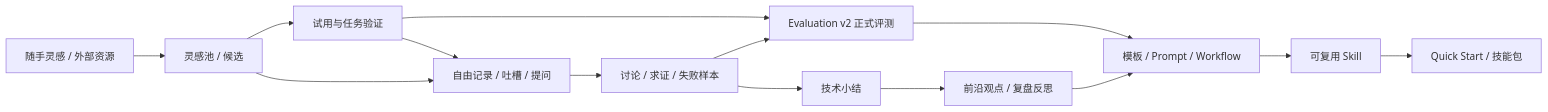
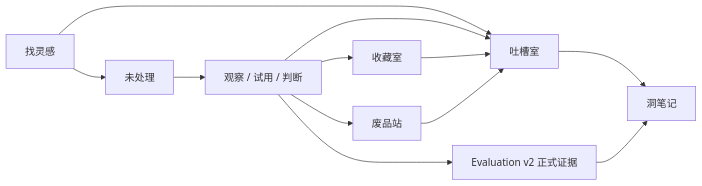
Before and after one commit to qzhqzh/LogWood: the diagram in README.md, drawn with Mermaid. The commit also changed other lines of this file and 54 other files, not shown here.

````diff
--- a/README.md
+++ b/README.md
@@ -11,17 +11,14 @@
 ```mermaid
 flowchart LR
-  I[随手灵感 / 外部资源] --> C[灵感池 / 候选]
-  C --> T[试用与任务验证]
-  T --> E[Evaluation v2 正式评测]
-  E --> R[模板 / Prompt / Workflow]
-  R --> S[可复用 Skill]
-  S --> P[Quick Start / 技能包]
-
-  C --> Q[自由记录 / 吐槽 / 提问]
+  I[找灵感] --> O[未处理]
+  O --> T[观察 / 试用 / 判断]
+  T --> C[收藏室]
+  T --> S[废品站]
+  T --> E[Evaluation v2 正式证据]
+  I --> Q[吐槽室]
   T --> Q
-  Q --> D[讨论 / 求证 / 失败样本]
-  D --> E
-  D --> N[技术小结]
-  N --> A[前沿观点 / 复盘反思]
-  A --> R
+  C --> Q
+  S --> Q
+  Q --> N[洞笔记]
+  E --> N
 ```
````
